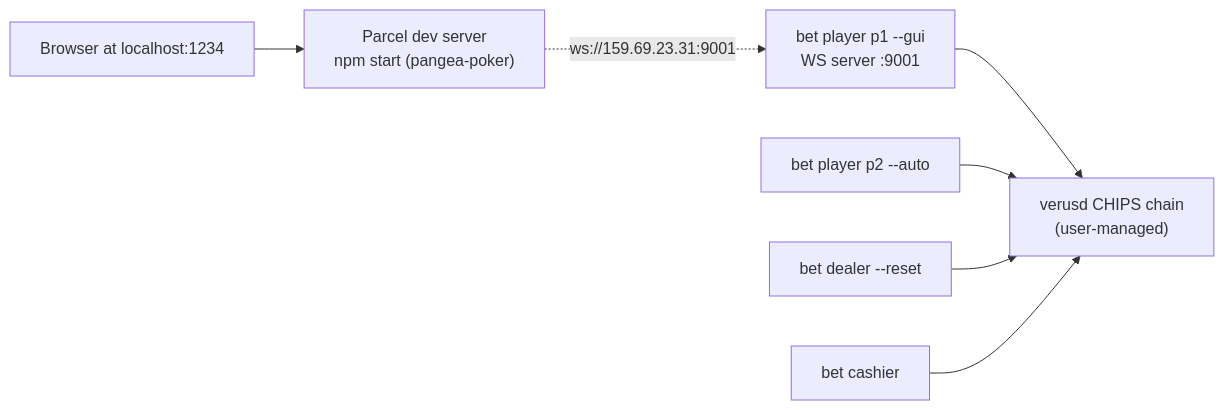
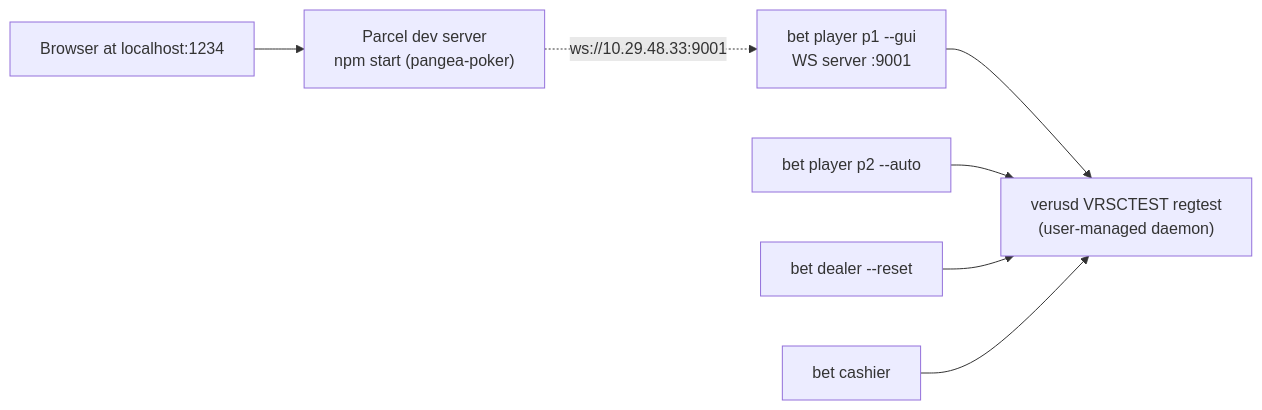
The diagram in .cursor/plans/gui_e2e_test_plan_8a4b327f.plan.md (sg777/bet), drawn with Mermaid before and after one commit. The commit also changed other lines of this file, not shown here.

First line of the commit message:
docs(plan): rewrite GUI E2E test plan for VRSCTEST regtest

````diff
--- a/.cursor/plans/gui_e2e_test_plan_8a4b327f.plan.md
+++ b/.cursor/plans/gui_e2e_test_plan_8a4b327f.plan.md
@@ -45,17 +24,17 @@
 ```mermaid
 flowchart LR
   user["Browser at localhost:1234"]
   parcel["Parcel dev server\nnpm start (pangea-poker)"]
   p1["bet player p1 --gui\nWS server :9001"]
   p2["bet player p2 --auto"]
   dealer["bet dealer --reset"]
   cashier["bet cashier"]
-  chain["verusd CHIPS chain\n(user-managed)"]
+  chain["verusd VRSCTEST regtest\n(user-managed daemon)"]
 
   user --> parcel
-  parcel -. "ws://159.69.23.31:9001" .-> p1
+  parcel -. "ws://10.29.48.33:9001" .-> p1
   p1 --> chain
   p2 --> chain
   dealer --> chain
   cashier --> chain
 ```
````
